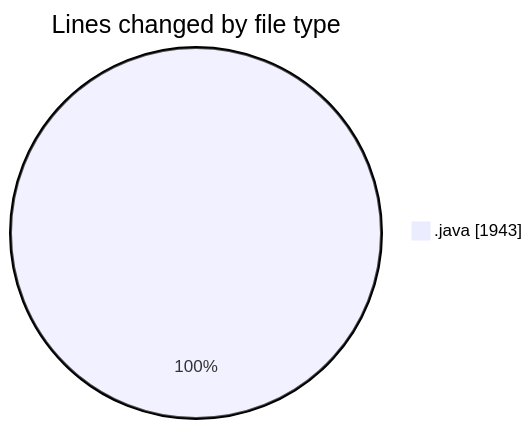
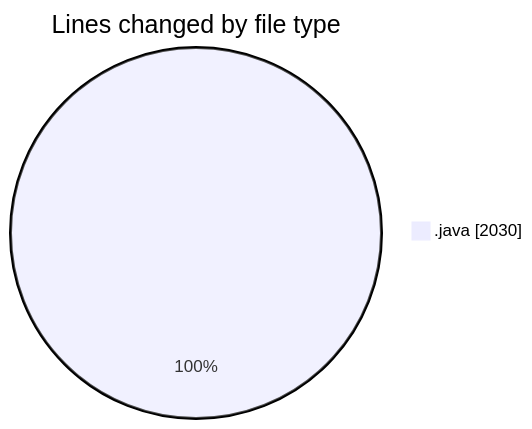
One commit to ricardozamudiocil/code-tracking changed the first of 2 diagrams in 2026-04-24/cilapp/README.md. Above: the diagram before and after it, drawn with Mermaid. The commit also changed other lines of this file and 1 other file, not shown here.

````diff
--- a/2026-04-24/cilapp/README.md
+++ b/2026-04-24/cilapp/README.md
@@ -20,5 +21,5 @@
 ```mermaid
 pie showData
 title Lines changed by file type
-".java" : 1943
+".java" : 2030
 ```
````
